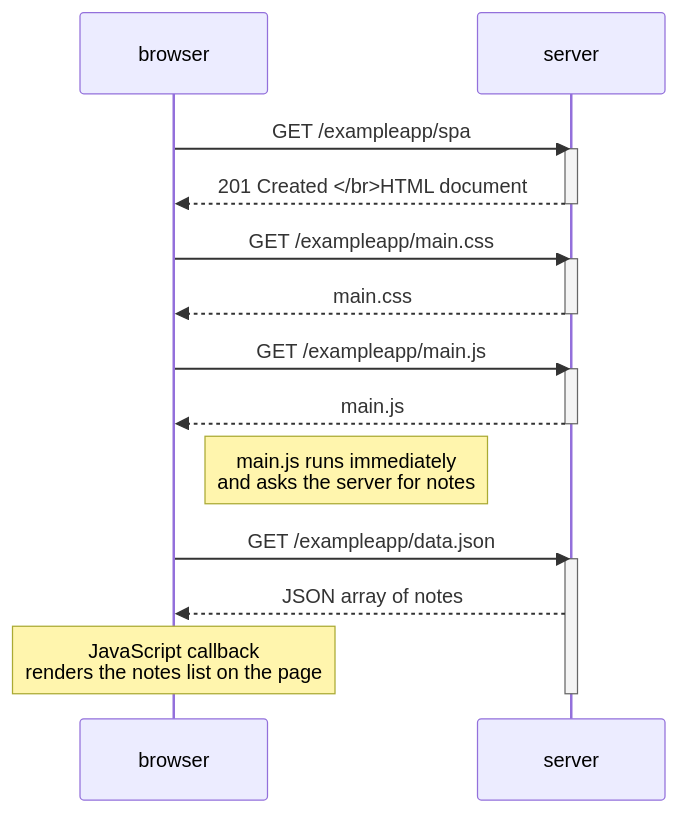
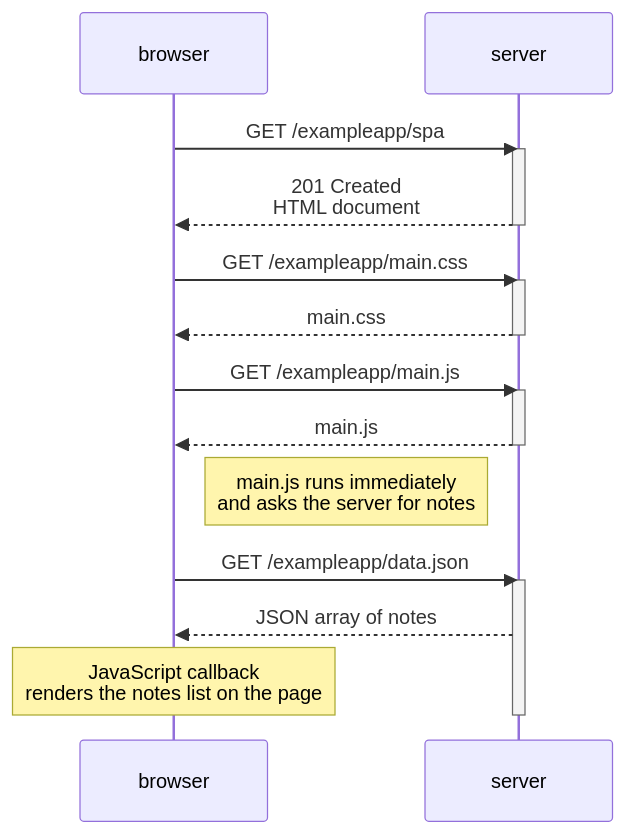
The diagram in ex0.5_diagrams.md (shermszz/FullStackOpen), drawn with Mermaid before and after one commit.

Commit message:
break line

````diff
--- a/ex0.5_diagrams.md
+++ b/ex0.5_diagrams.md
@@ -1,30 +1,30 @@
 ```mermaid
 sequenceDiagram
     participant browser
     participant server
 
     %% 1 – INITIAL PAGE REQUEST
     browser->>server: GET /exampleapp/spa
     activate server
-    server-->>browser: 201 Created </br>HTML document
+    server-->>browser: 201 Created <br/>HTML document
     deactivate server
 
     %% 2 – STATIC ASSETS FOR THE SPA SHELL
     browser->>server: GET /exampleapp/main.css
     activate server
     server-->>browser: main.css
     deactivate server
 
     browser->>server: GET /exampleapp/main.js
     activate server
     server-->>browser: main.js
     deactivate server
 
     %% 3 – SPA BOOTSTRAP: FETCH DATA
     Note right of browser: main.js runs immediately<br/>and asks the server for notes
     browser->>server: GET /exampleapp/data.json
     activate server
     server-->>browser: JSON array of notes
     Note over browser: JavaScript callback<br/>renders the notes list on the page
     deactivate server
 ```
````
